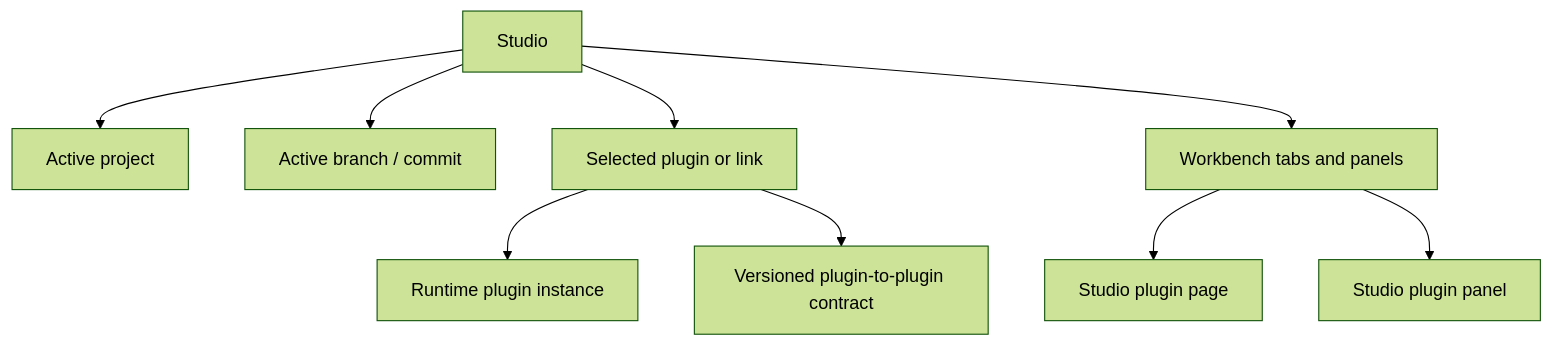
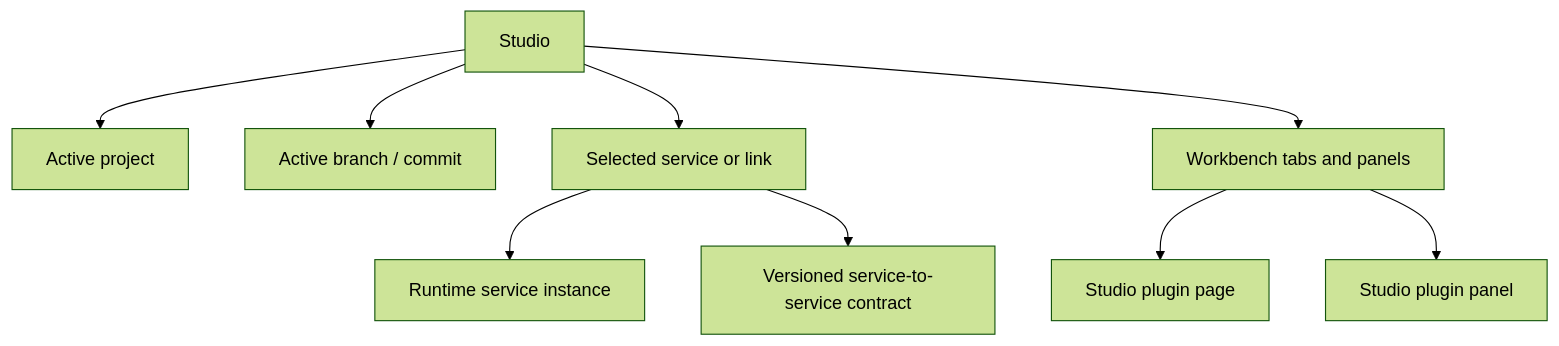
One commit to Liapoldus/studio changed the diagram in docs/product-model.md. Above: the diagram before and after it, drawn with Mermaid (forest theme). The commit also changed other lines of this file and 147 other files, not shown here.

````diff
--- a/docs/product-model.md
+++ b/docs/product-model.md
@@ -54,11 +55,11 @@
 ```mermaid
 flowchart TD
     S["Studio"] --> P["Active project"]
     S --> C["Active branch / commit"]
-    S --> O["Selected plugin or link"]
+    S --> O["Selected service or link"]
     S --> T["Workbench tabs and panels"]
-    O --> N["Runtime plugin instance"]
-    O --> L["Versioned plugin-to-plugin contract"]
+    O --> N["Runtime service instance"]
+    O --> L["Versioned service-to-service contract"]
     T --> SP["Studio plugin page"]
     T --> DP["Studio plugin panel"]
 ```
````
